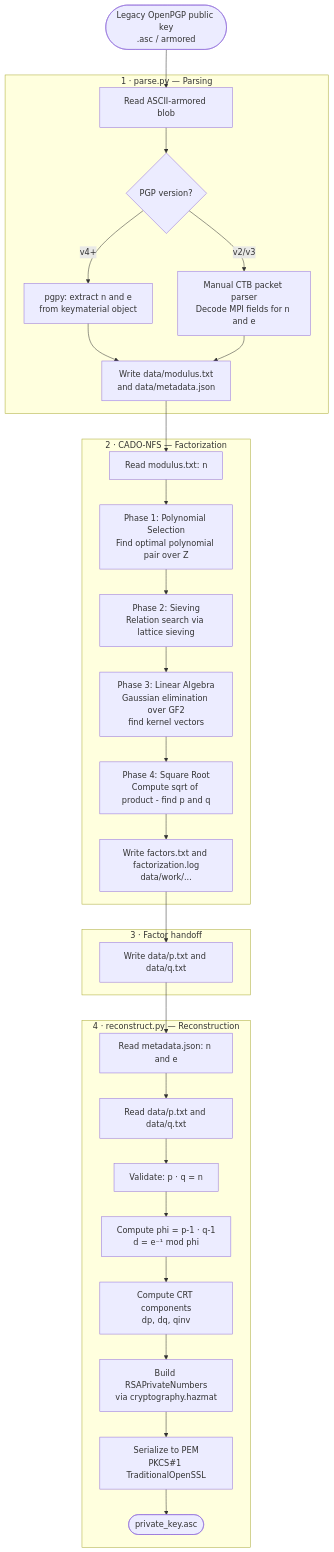
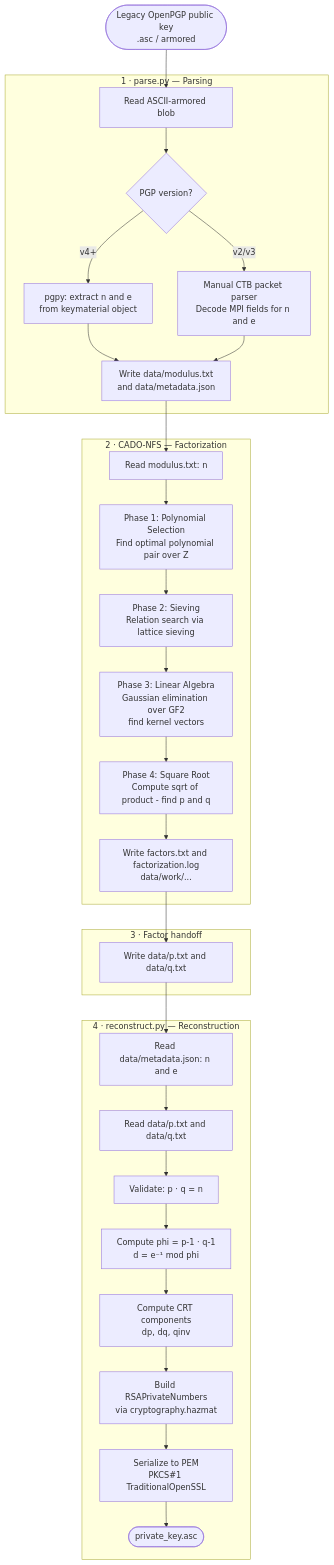
One commit to trygu/primeval changed the diagram in README.md. Above: the diagram before and after it, drawn with Mermaid.

Commit message:
docs: Update README.md with more precise paths in diagram

````diff
--- a/README.md
+++ b/README.md
@@ -108,43 +108,43 @@
 ```mermaid
 flowchart TD
     A([Legacy OpenPGP public key\n.asc / armored]) --> B
 
     subgraph PARSE["1 · parse.py — Parsing"]
         B[Read ASCII-armored blob]
         B --> C{PGP version?}
         C -->|v4+| D[pgpy: extract n and e\nfrom keymaterial object]
         C -->|v2/v3| E[Manual CTB packet parser\nDecode MPI fields for n and e]
         D --> F[Write data/modulus.txt\nand data/metadata.json]
         E --> F
     end
 
     F --> G
 
     subgraph CADO["2 · CADO-NFS — Factorization"]
         G[Read modulus.txt: n]
         G --> H[Phase 1: Polynomial Selection\nFind optimal polynomial pair over Z]
         H --> I[Phase 2: Sieving\nRelation search via lattice sieving]
         I --> J[Phase 3: Linear Algebra\nGaussian elimination over GF2\nfind kernel vectors]
         J --> K[Phase 4: Square Root\nCompute sqrt of product - find p and q]
         K --> L[Write factors.txt and factorization.log\ndata/work/...]
     end
 
     L --> M
 
     subgraph HANDOFF["3 · Factor handoff"]
       M[Write data/p.txt and data/q.txt]
     end
 
     M --> R
 
     subgraph RECON["4 · reconstruct.py — Reconstruction"]
-        R[Read metadata.json: n and e]
+        R[Read data/metadata.json: n and e]
         R --> S[Read data/p.txt and data/q.txt]
         S --> T[Validate: p · q = n]
         T --> U[Compute phi = p-1 · q-1\nd = e⁻¹ mod phi]
         U --> V[Compute CRT components\ndp, dq, qinv]
         V --> W[Build RSAPrivateNumbers\nvia cryptography.hazmat]
         W --> X[Serialize to PEM\nPKCS#1 TraditionalOpenSSL]
         X --> Y([private_key.asc])
     end
 ```
````
